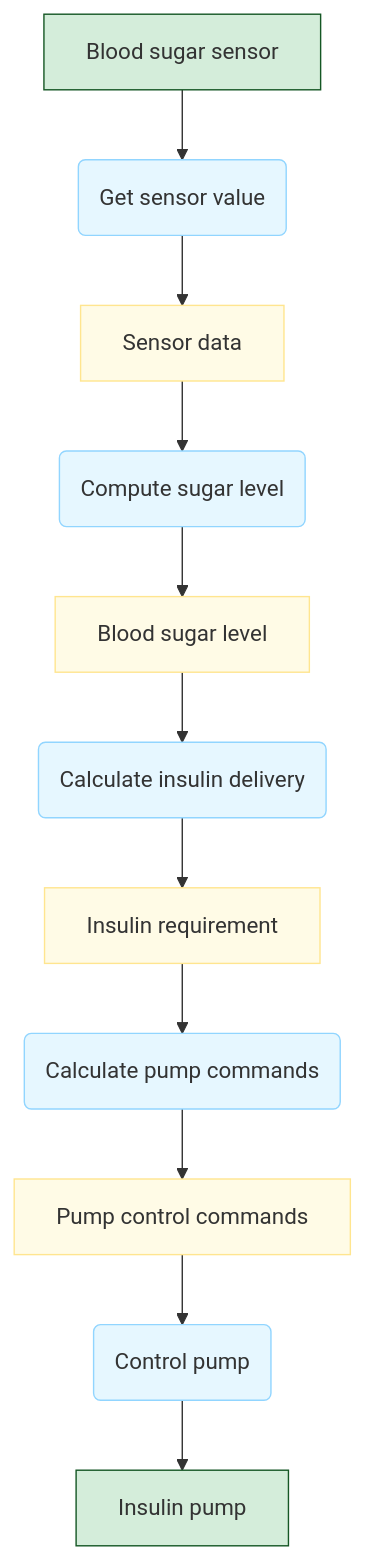
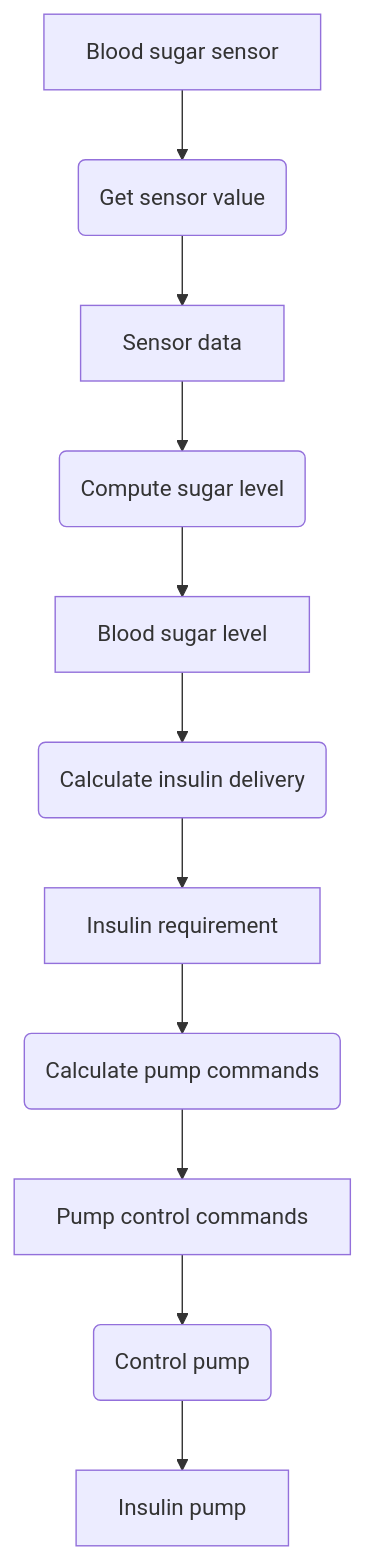
One commit to sujith-eag/sujith-library changed the first of 2 diagrams in docs/mca/se/u21/u6.md. Above: the diagram before and after it, drawn with Mermaid. The commit also changed 41 other files, not shown here.

First line of the commit message:
Refactor diagrams and remove redundant styles in documentation

````diff
--- a/docs/mca/se/u21/u6.md
+++ b/docs/mca/se/u21/u6.md
@@ -51,21 +51,13 @@
 ```mermaid
 flowchart TD
     BSS[Blood sugar sensor] --> GSV(Get sensor value)
     GSV --> SD[Sensor data]
     SD --> CSL(Compute sugar level)
     CSL --> BSL[Blood sugar level]
     BSL --> CID(Calculate insulin delivery)
     CID --> IR[Insulin requirement]
     IR --> CPC(Calculate pump commands)
     CPC --> PCC[Pump control commands]
     PCC --> CP(Control pump)
     CP --> IP[Insulin pump]
-
-    classDef process fill:#e6f7ff,stroke:#91d5ff
-    classDef data fill:#fffbe6,stroke:#ffe58f
-    classDef termination fill:#d4edda,stroke:#155724
-
-    class GSV,CSL,CID,CPC,CP process
-    class SD,BSL,IR,PCC data
-    class BSS,IP termination
 ```
````
